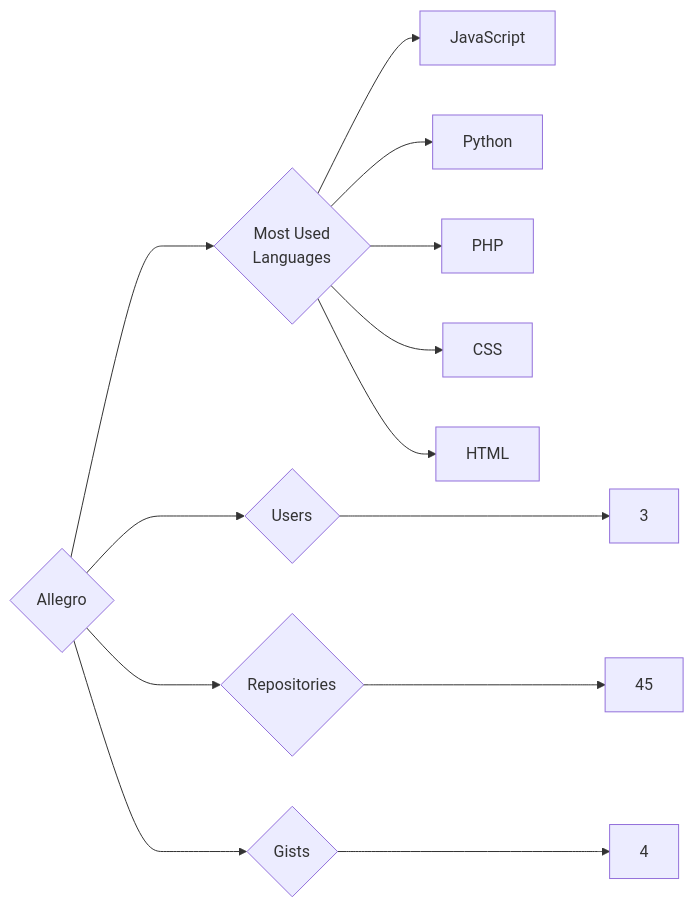
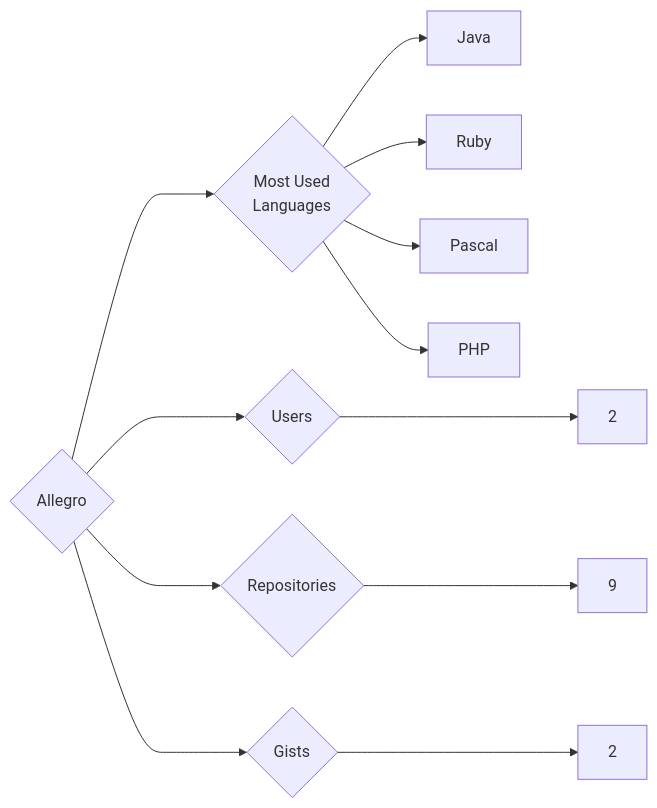
Before and after one commit to trickest/insiders: the diagram in targets/Allegro/README.md, drawn with Mermaid. The commit also changed 997 other files, not shown here.

````diff
--- a/targets/Allegro/README.md
+++ b/targets/Allegro/README.md
@@ -3,13 +3,12 @@
 ```mermaid
 graph LR
 COMPANY_NAME{Allegro}
-COMPANY_NAME ---> U{Users} ---> UN[3]
-COMPANY_NAME ---> R{Repositories} ---> RN[45]
-COMPANY_NAME ---> G{Gists} ---> GN[4]
+COMPANY_NAME ---> U{Users} ---> UN[2]
+COMPANY_NAME ---> R{Repositories} ---> RN[9]
+COMPANY_NAME ---> G{Gists} ---> GN[2]
 COMPANY_NAME ---> ML{Most Used<br>Languages}
-ML --> JavaScript[JavaScript]
-ML --> Python[Python]
+ML --> Java[Java]
+ML --> Ruby[Ruby]
+ML --> Pascal[Pascal]
 ML --> PHP[PHP]
-ML --> CSS[CSS]
-ML --> HTML[HTML]
 ```
````
